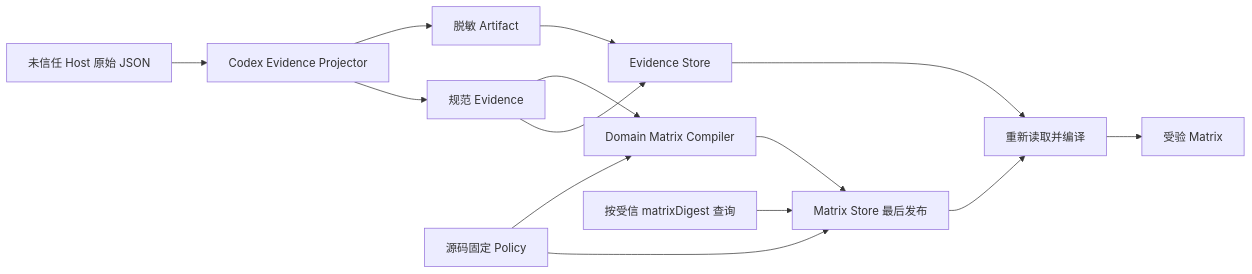
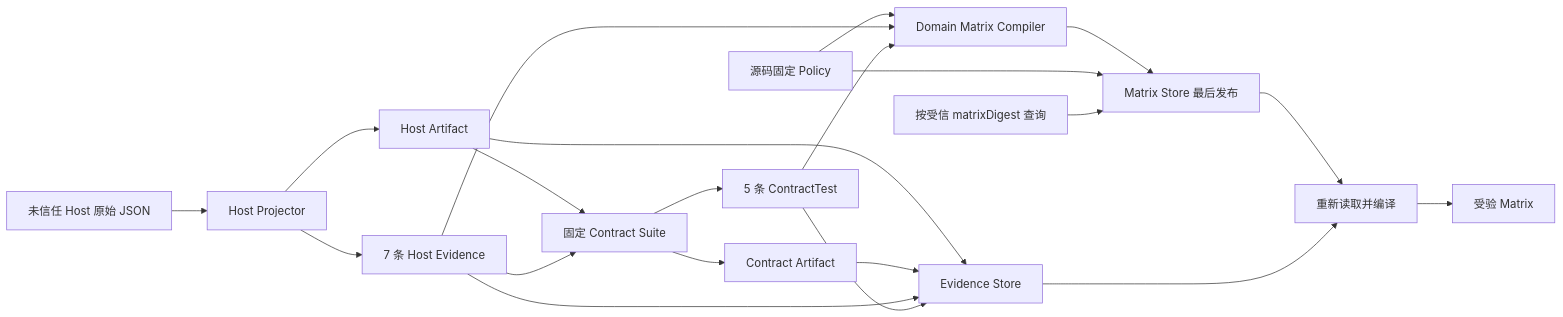
One commit to MarchRory/liushi-aweasome-agentic-engineering changed the diagram in packages/liushi-harness/docs/engineering/executorCompatibilityStore.md. Above: the diagram before and after it, drawn with Mermaid. The commit also changed other lines of this file and 9 other files, not shown here.

Commit message:
docs(harness): document codex contract evidence

````diff
--- a/packages/liushi-harness/docs/engineering/executorCompatibilityStore.md
+++ b/packages/liushi-harness/docs/engineering/executorCompatibilityStore.md
@@ -45,16 +48,23 @@
 ```mermaid
 flowchart LR
-  raw["未信任 Host 原始 JSON"] --> projector["Codex Evidence Projector"]
-  projector --> artifact["脱敏 Artifact"]
-  projector --> evidence["规范 Evidence"]
+  raw["未信任 Host 原始 JSON"] --> hostProjector["Host Projector"]
+  hostProjector --> hostArtifact["Host Artifact"]
+  hostProjector --> hostEvidence["7 条 Host Evidence"]
+  hostArtifact --> contractProjector["固定 Contract Suite"]
+  hostEvidence --> contractProjector
+  contractProjector --> contractArtifact["Contract Artifact"]
+  contractProjector --> contractEvidence["5 条 ContractTest"]
   policy["源码固定 Policy"] --> compiler["Domain Matrix Compiler"]
-  evidence --> compiler
-  artifact --> evidenceStore["Evidence Store"]
-  evidence --> evidenceStore
+  hostEvidence --> compiler
+  contractEvidence --> compiler
+  hostArtifact --> evidenceStore["Evidence Store"]
+  contractArtifact --> evidenceStore
+  hostEvidence --> evidenceStore
+  contractEvidence --> evidenceStore
   compiler --> matrixStore["Matrix Store 最后发布"]
   policy --> matrixStore
   query["按受信 matrixDigest 查询"] --> matrixStore
   matrixStore --> recompile["重新读取并编译"]
   evidenceStore --> recompile
   recompile --> verified["受验 Matrix"]
 ```
````
